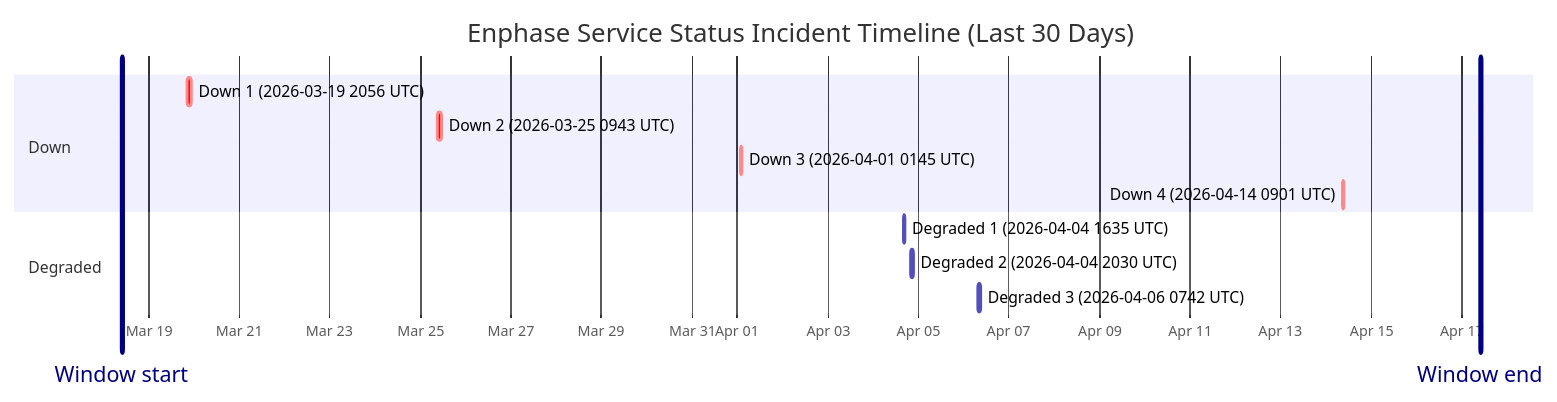
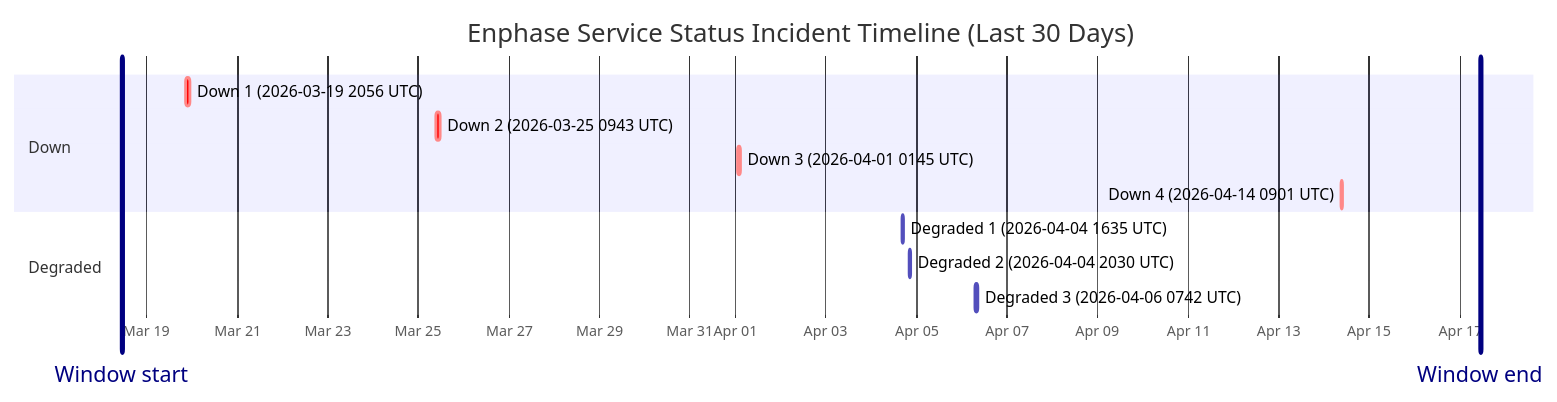
One commit to barneyonline/ha-enphase-ev-charger changed the diagram in wiki/Service-Status-History.md. Above: the diagram before and after it, drawn with Mermaid. The commit also changed other lines of this file and 3 other files, not shown here.

````diff
--- a/wiki/Service-Status-History.md
+++ b/wiki/Service-Status-History.md
@@ -14,17 +14,17 @@
 ```mermaid
 gantt
     title Enphase Service Status Incident Timeline (Last 30 Days)
     dateFormat  YYYY-MM-DDTHH:mm:ss
     axisFormat  %b %d
-    Window start :vert, window-start, 2026-03-18T09:53:58, 0ms
-    Window end :vert, window-end, 2026-04-17T09:53:58, 0ms
+    Window start :vert, window-start, 2026-03-18T10:54:52, 0ms
+    Window end :vert, window-end, 2026-04-17T10:54:52, 0ms
     section Down
     Down 1 (2026-03-19 2056 UTC) :crit, down-1, 2026-03-19T20:56:20, 145m
     Down 2 (2026-03-25 0943 UTC) :crit, down-2, 2026-03-25T09:43:28, 111m
     Down 3 (2026-04-01 0145 UTC) :crit, down-3, 2026-04-01T01:45:09, 60m
     Down 4 (2026-04-14 0901 UTC) :crit, down-4, 2026-04-14T09:01:13, 60m
     section Degraded
     Degraded 1 (2026-04-04 1635 UTC) :active, degraded-1, 2026-04-04T16:35:17, 60m
     Degraded 2 (2026-04-04 2030 UTC) :active, degraded-2, 2026-04-04T20:30:40, 60m
     Degraded 3 (2026-04-06 0742 UTC) :active, degraded-3, 2026-04-06T07:42:09, 85m
 ```
````
